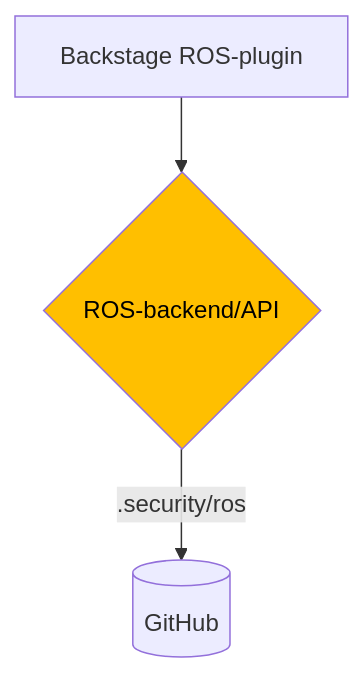
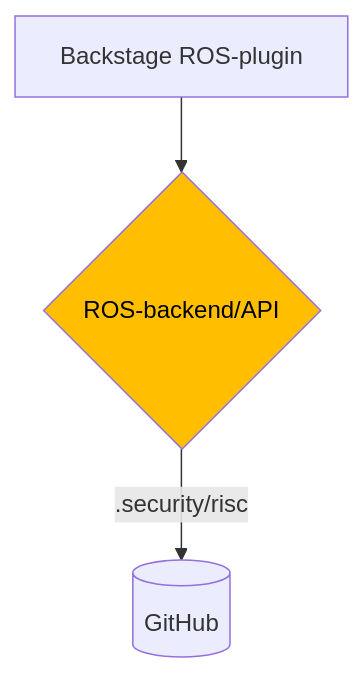
Before and after one commit to kartverket/backstage-plugin-risk-scorecard-backend: the first of 2 diagrams in README.md, drawn with Mermaid. The commit also changed other lines of this file, not shown here.

````diff
--- a/README.md
+++ b/README.md
@@ -5,5 +5,5 @@
 ```mermaid
 flowchart TD
-     A[Backstage ROS-plugin] --> B{ROS-backend/API} -->|.security/ros| C[(GitHub)]
+     A[Backstage ROS-plugin] --> B{ROS-backend/API} -->|.security/risc| C[(GitHub)]
      style B fill:#FFBF00,color:black
 ```
````
